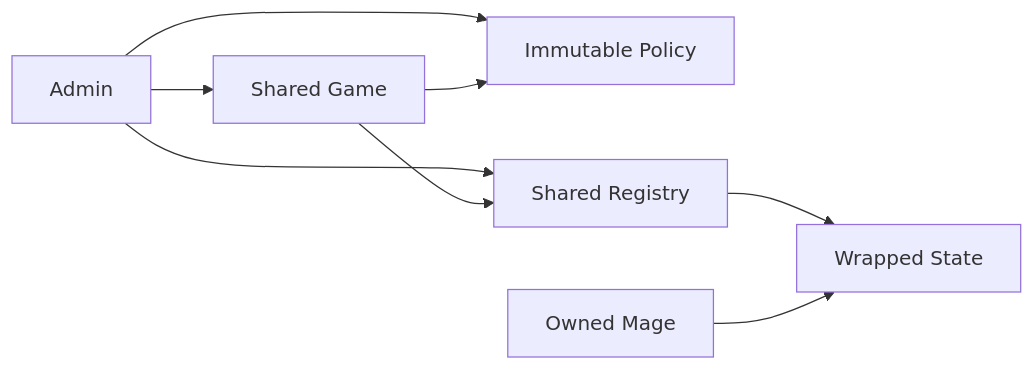
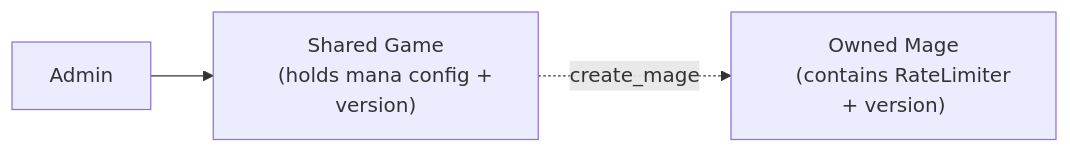
The fourth of 7 diagrams in README.md (0xNeshi/rate-limiter-proposal), drawn with Mermaid before and after one commit. The commit also changed other lines of this file and 7 other files, not shown here.

Commit message:
simplify the design (rate limiter is not an object)

````diff
--- a/README.md
+++ b/README.md
@@ -344,17 +183,11 @@
 ```mermaid
 flowchart LR
     Admin[Admin]
-    Game[Shared Game]
-    Policy[Immutable Policy<ManaTag>]
-    Registry[Shared Registry<ManaTag>]
-    Mage[Owned Mage]
-    Mana[Wrapped State<ManaTag>]
+    Game["Shared Game
+    (holds mana config + version)"]
+    Mage["Owned Mage
+    (contains RateLimiter + version)"]
 
     Admin --> Game
-    Admin --> Policy
-    Admin --> Registry
-    Game --> Policy
-    Game --> Registry
-    Registry --> Mana
-    Mage --> Mana
+    Game -. create_mage .-> Mage
 ```
````
